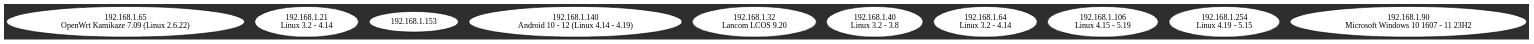
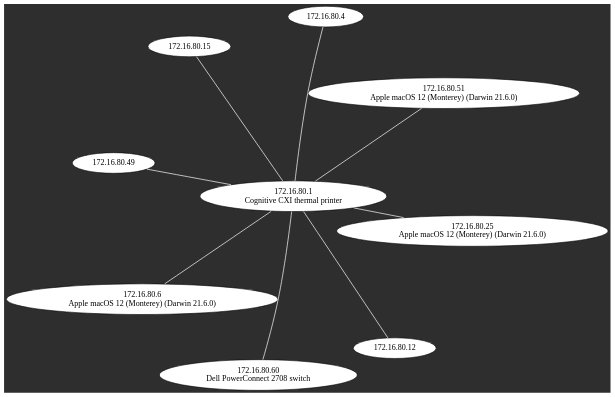
One commit to Traygueur/net_map changed the diagram in x64/Release/network.dot. Above: the diagram before and after it, drawn with Graphviz. The commit also changed 38 other files, not shown here.

Commit message:
push graphe fluide

```diff
--- a/x64/Release/network.dot
+++ b/x64/Release/network.dot
@@ -1,12 +1,28 @@
 graph Network {
-bgcolor="#2E2E2E"; node [style=filled, fillcolor="white", fontcolor="black", color="black"]; edge [color="white"] ;ratio=expand;   "192.168.1.65" [label="192.168.1.65\nOpenWrt Kamikaze 7.09 (Linux 2.6.22)"];
-  "192.168.1.21" [label="192.168.1.21\nLinux 3.2 - 4.14"];
-  "192.168.1.153" [label="192.168.1.153\n"];
-  "192.168.1.140" [label="192.168.1.140\nAndroid 10 - 12 (Linux 4.14 - 4.19)"];
-  "192.168.1.32" [label="192.168.1.32\nLancom LCOS 9.20"];
-  "192.168.1.40" [label="192.168.1.40\nLinux 3.2 - 3.8"];
-  "192.168.1.64" [label="192.168.1.64\nLinux 3.2 - 4.14"];
-  "192.168.1.106" [label="192.168.1.106\nLinux 4.15 - 5.19"];
-  "192.168.1.254" [label="192.168.1.254\nLinux 4.19 - 5.15"];
-  "192.168.1.90" [label="192.168.1.90\nMicrosoft Windows 10 1607 - 11 23H2"];
+ layout=neato;
+                bgcolor="#2E2E2E";
+                overlap=scale;
+                splines=true;
+                sep="+1";
+                nodesep=0.3;
+                ranksep=0.4;
+
+                node [style=filled, shape=ellipse, fillcolor="white", fontcolor="black", color="black", fontsize=14];
+                edge [color="white", penwidth=1.2, len=0.1];  "172.16.80.49" [label="172.16.80.49\n"];
+  "172.16.80.49" -- "172.16.80.1";
+  "172.16.80.12" [label="172.16.80.12\n"];
+  "172.16.80.12" -- "172.16.80.1";
+  "172.16.80.1" [label="172.16.80.1\nCognitive CXI thermal printer"];
+  "172.16.80.4" [label="172.16.80.4\n"];
+  "172.16.80.4" -- "172.16.80.1";
+  "172.16.80.51" [label="172.16.80.51\nApple macOS 12 (Monterey) (Darwin 21.6.0)"];
+  "172.16.80.51" -- "172.16.80.1";
+  "172.16.80.15" [label="172.16.80.15\n"];
+  "172.16.80.15" -- "172.16.80.1";
+  "172.16.80.6" [label="172.16.80.6\nApple macOS 12 (Monterey) (Darwin 21.6.0)"];
+  "172.16.80.6" -- "172.16.80.1";
+  "172.16.80.25" [label="172.16.80.25\nApple macOS 12 (Monterey) (Darwin 21.6.0)"];
+  "172.16.80.25" -- "172.16.80.1";
+  "172.16.80.60" [label="172.16.80.60\nDell PowerConnect 2708 switch"];
+  "172.16.80.60" -- "172.16.80.1";
 }
```
